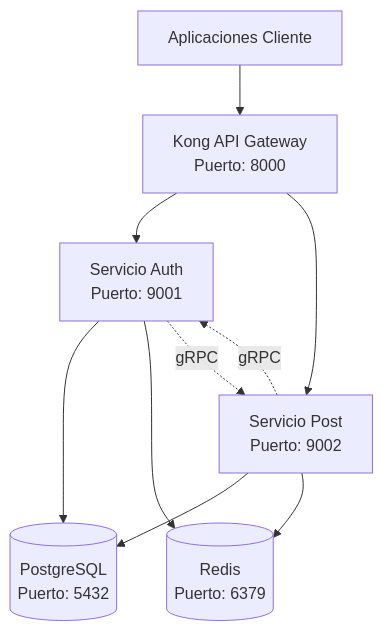
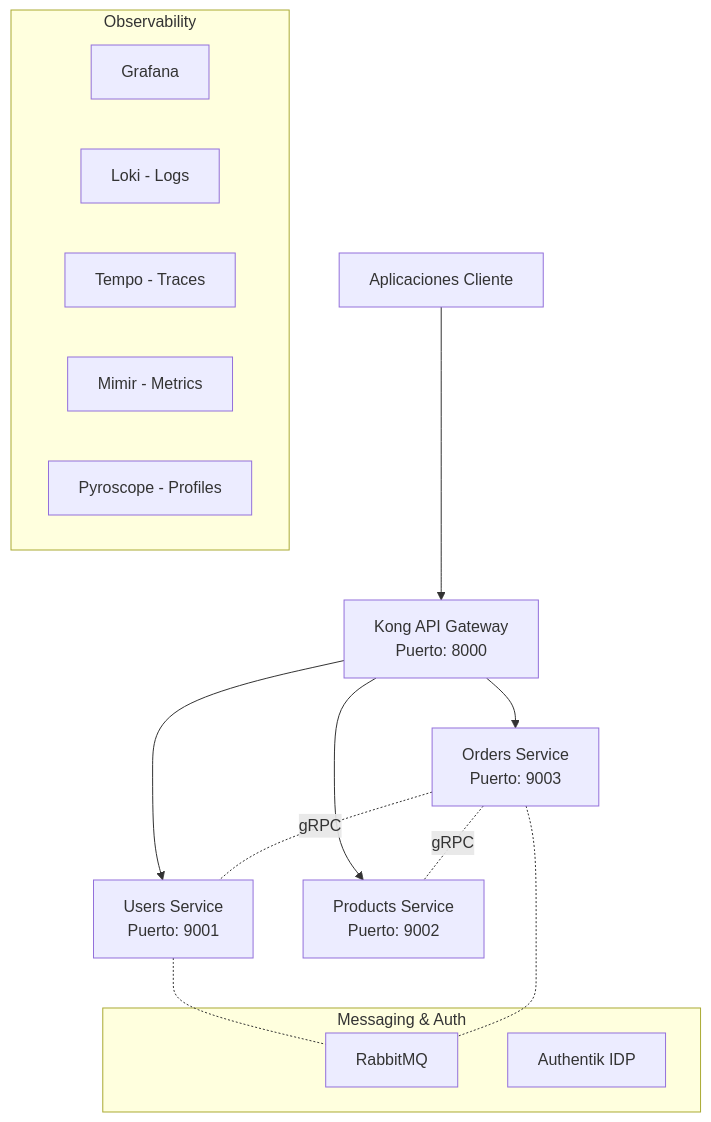
Before and after one commit to bleidertcs/ecommerce-microservices: the diagram in README.md, drawn with Mermaid. The commit also changed other lines of this file and 2 other files, not shown here.

Commit message:
feat: Introduce comprehensive LGTM+P observability stack, detail Authentik-Kong JWT integration, and update architecture diagrams and recommendations.

````diff
--- a/README.md
+++ b/README.md
@@ -33,12 +14,25 @@
 ```mermaid
 graph TB
     Client[Aplicaciones Cliente] --> Kong[Kong API Gateway<br/>Puerto: 8000]
-    Kong --> Auth[Servicio Auth<br/>Puerto: 9001]
-    Kong --> Post[Servicio Post<br/>Puerto: 9002]
-    Auth --> PostgreSQL[(PostgreSQL<br/>Puerto: 5432)]
-    Post --> PostgreSQL
-    Auth --> Redis[(Redis<br/>Puerto: 6379)]
-    Post --> Redis
-    Auth -.->|gRPC| Post
-    Post -.->|gRPC| Auth
+    Kong --> Users[Users Service<br/>Puerto: 9001]
+    Kong --> Products[Products Service<br/>Puerto: 9002]
+    Kong --> Orders[Orders Service<br/>Puerto: 9003]
+
+    subgraph "Messaging & Auth"
+        RMQ[RabbitMQ]
+        AK[Authentik IDP]
+    end
+
+    subgraph "Observability"
+        GR[Grafana]
+        LO[Loki - Logs]
+        TE[Tempo - Traces]
+        MI[Mimir - Metrics]
+        PY[Pyroscope - Profiles]
+    end
+
+    Users-.-RMQ
+    Orders-.-RMQ
+    Orders-.- |gRPC| Users
+    Orders-.- |gRPC| Products
 ```
````
